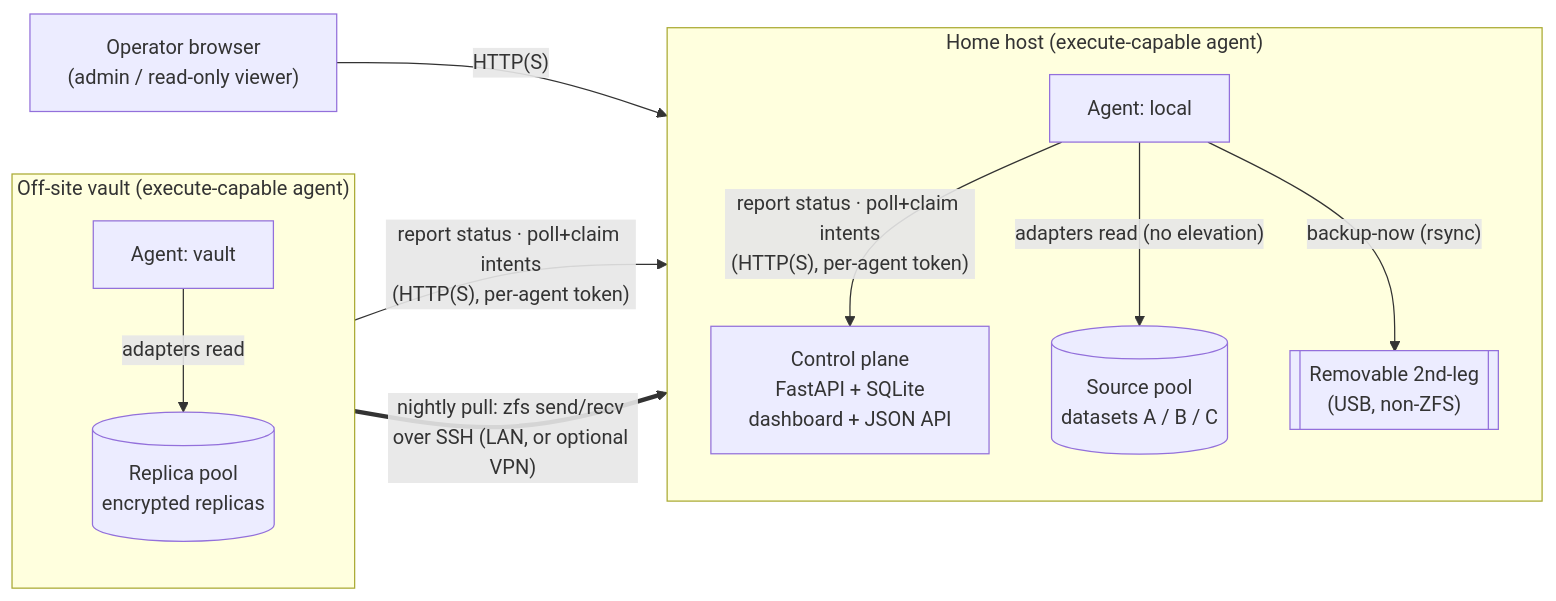
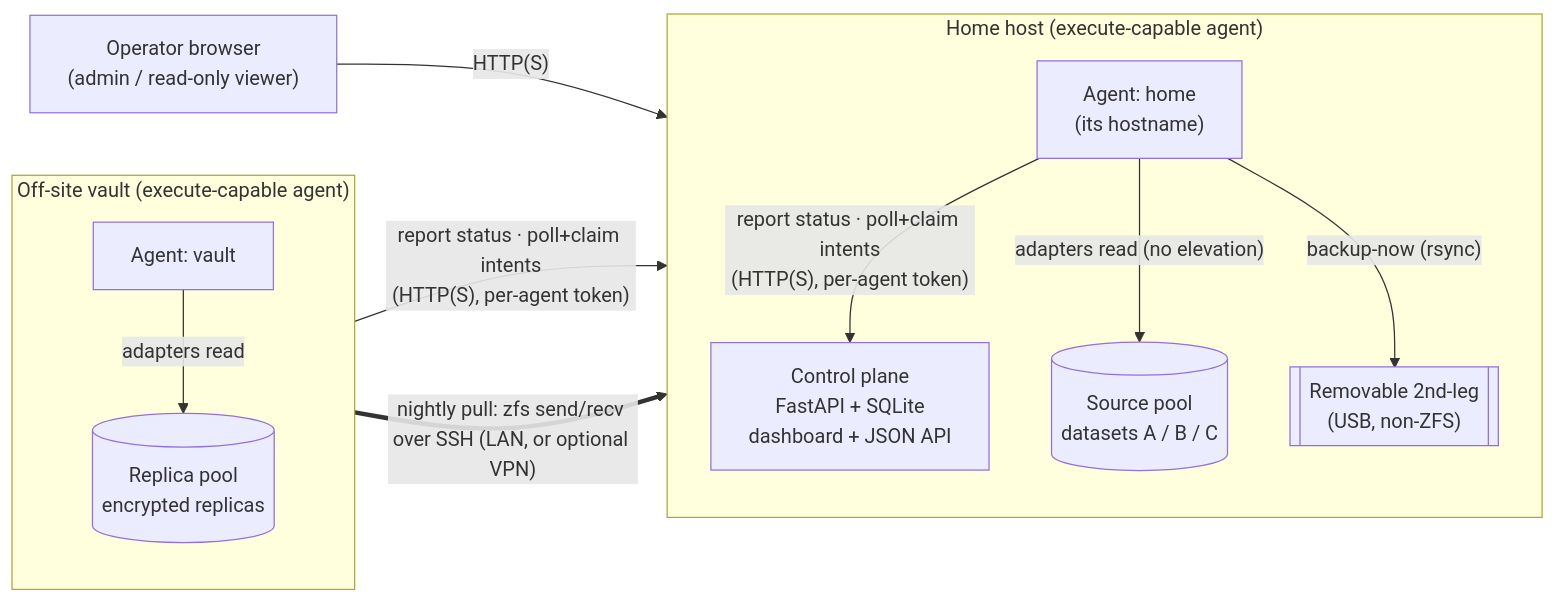
Before and after one commit to jmichelsen/cairn: the first of 3 diagrams in docs/architecture.md, drawn with Mermaid. The commit also changed other lines of this file and 11 other files, not shown here.

````diff
--- a/docs/architecture.md
+++ b/docs/architecture.md
@@ -26,26 +26,26 @@
 ```mermaid
 flowchart LR
   browser["Operator browser<br/>(admin / read-only viewer)"]
 
   subgraph home["Home host (execute-capable agent)"]
     direction TB
     api["Control plane<br/>FastAPI + SQLite<br/>dashboard + JSON API"]
-    la["Agent: local"]
+    la["Agent: home<br/>(its hostname)"]
     src[("Source pool<br/>datasets A / B / C")]
     ext[["Removable 2nd-leg<br/>(USB, non-ZFS)"]]
   end
 
   subgraph off["Off-site vault (execute-capable agent)"]
     direction TB
     va["Agent: vault"]
     rep[("Replica pool<br/>encrypted replicas")]
   end
 
   browser -- "HTTP(S)" --> api
   la -- "report status · poll+claim intents<br/>(HTTP(S), per-agent token)" --> api
   va -- "report status · poll+claim intents<br/>(HTTP(S), per-agent token)" --> api
   la -- "adapters read (no elevation)" --> src
   la -- "backup-now (rsync)" --> ext
   va -- "adapters read" --> rep
   va == "nightly pull: zfs send/recv over SSH (LAN, or optional VPN)" ==> src
 ```
````
